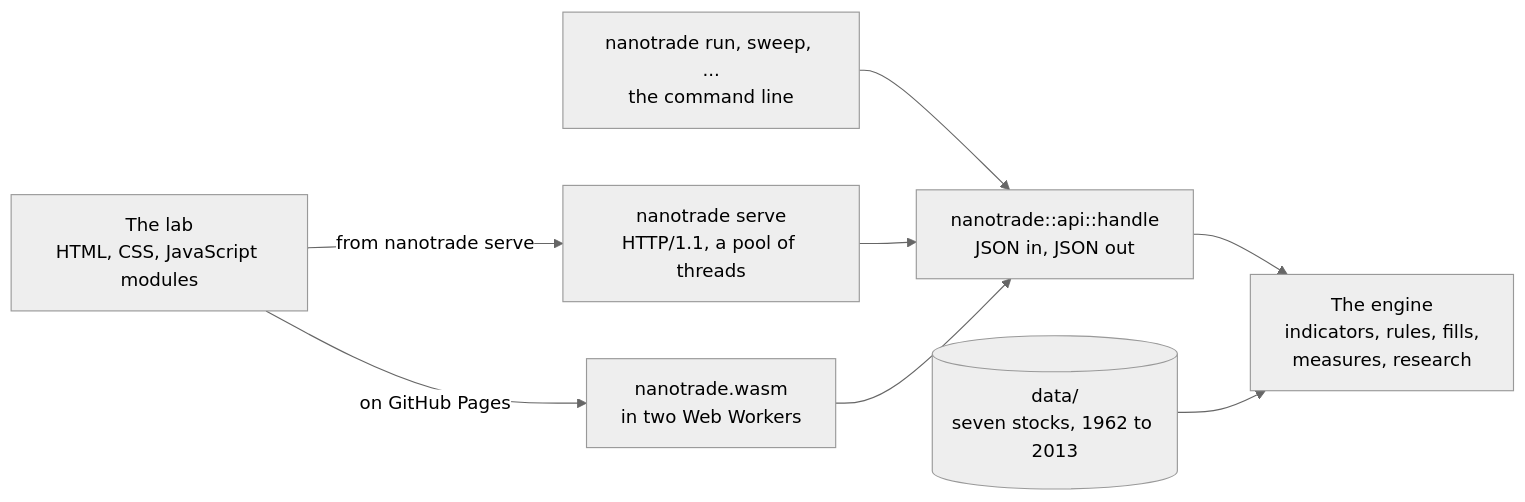
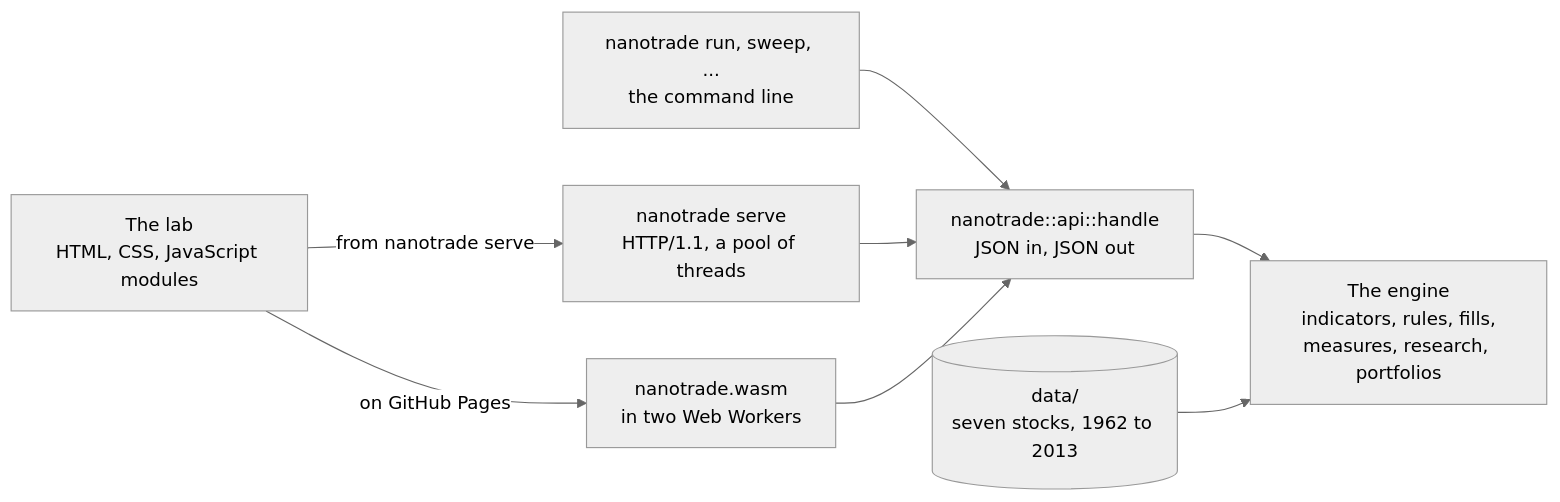
Before and after one commit to AdrianTrill/NanoTrade-Algorithm: the diagram in README.md, drawn with Mermaid (neutral theme). The commit also changed other lines of this file and 3 other files, not shown here.

````diff
--- a/README.md
+++ b/README.md
@@ -241,10 +311,10 @@
 ```mermaid
 flowchart LR
     cli["nanotrade run, sweep, ...<br/>the command line"] --> api
     server["nanotrade serve<br/>HTTP/1.1, a pool of threads"] --> api
     wasm["nanotrade.wasm<br/>in two Web Workers"] --> api
-    api["nanotrade::api::handle<br/>JSON in, JSON out"] --> engine["The engine<br/>indicators, rules, fills,<br/>measures, research"]
+    api["nanotrade::api::handle<br/>JSON in, JSON out"] --> engine["The engine<br/>indicators, rules, fills,<br/>measures, research, portfolios"]
     lab["The lab<br/>HTML, CSS, JavaScript modules"] -- "on GitHub Pages" --> wasm
     lab -- "from nanotrade serve" --> server
     data[("data/<br/>seven stocks, 1962 to 2013")] --> engine
 ```
````
